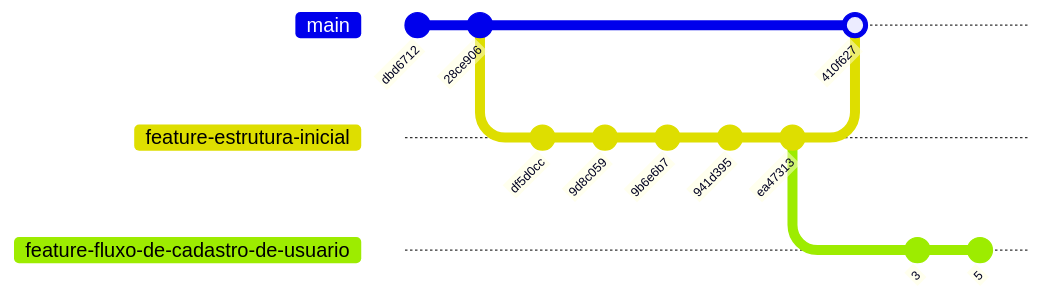
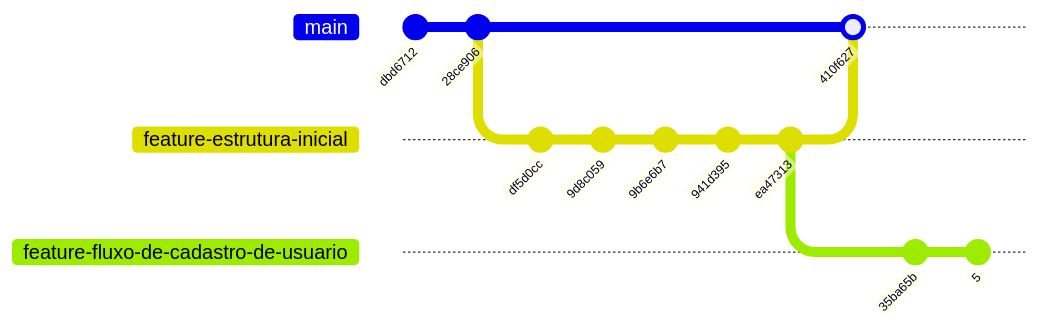
Before and after one commit to CaioARL/BiCity: the diagram in README.md, drawn with Mermaid.

````diff
--- a/README.md
+++ b/README.md
@@ -6,18 +6,18 @@
 ```mermaid
     gitGraph
        commit id: "dbd6712"
        commit id: "28ce906"
        branch feature-estrutura-inicial
        commit id: "df5d0cc"
        commit id: "9d8c059"
        commit id: "9b6e6b7"
        commit id: "941d395"
        commit id: "ea47313"
        branch feature-fluxo-de-cadastro-de-usuario
        checkout main
        merge feature-estrutura-inicial id: "410f627"
        checkout feature-fluxo-de-cadastro-de-usuario
-       commit id: "3"
+       commit id: "35ba65b"
        commit id: "5"
 
 ```
````
